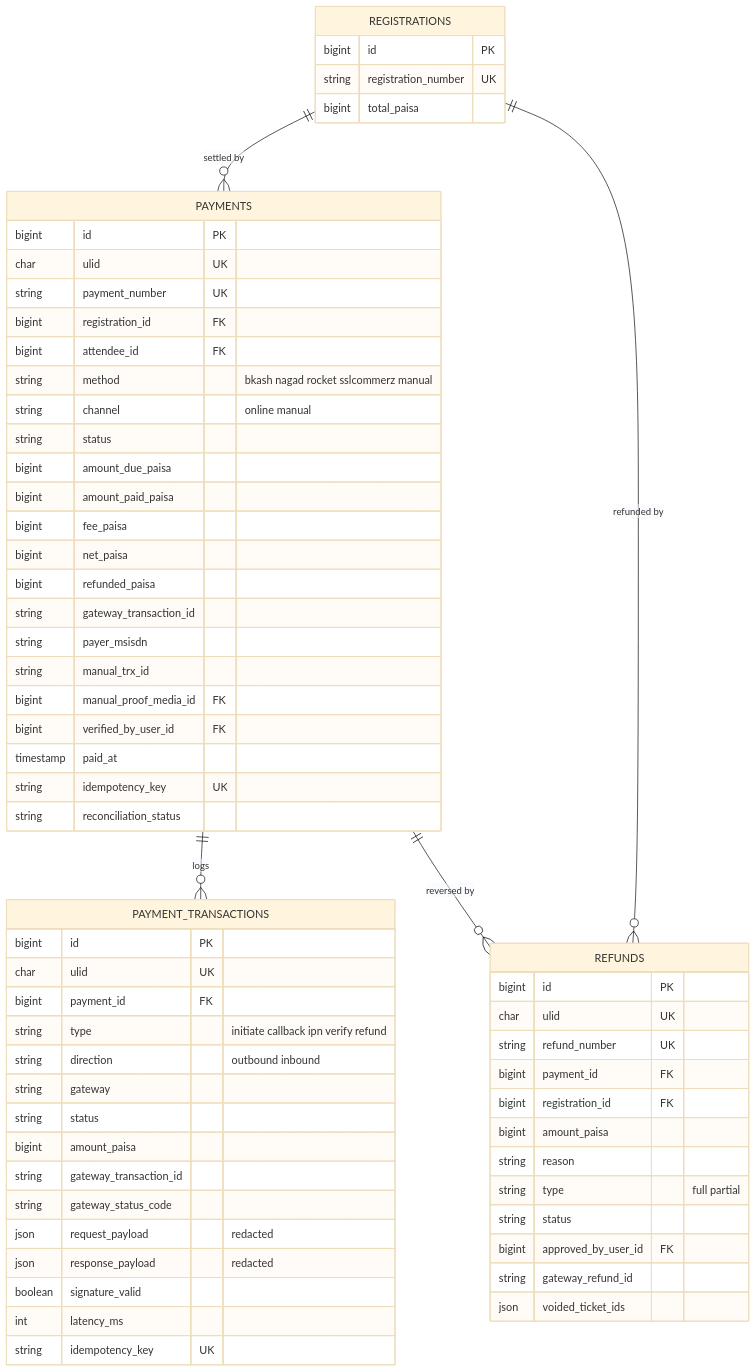
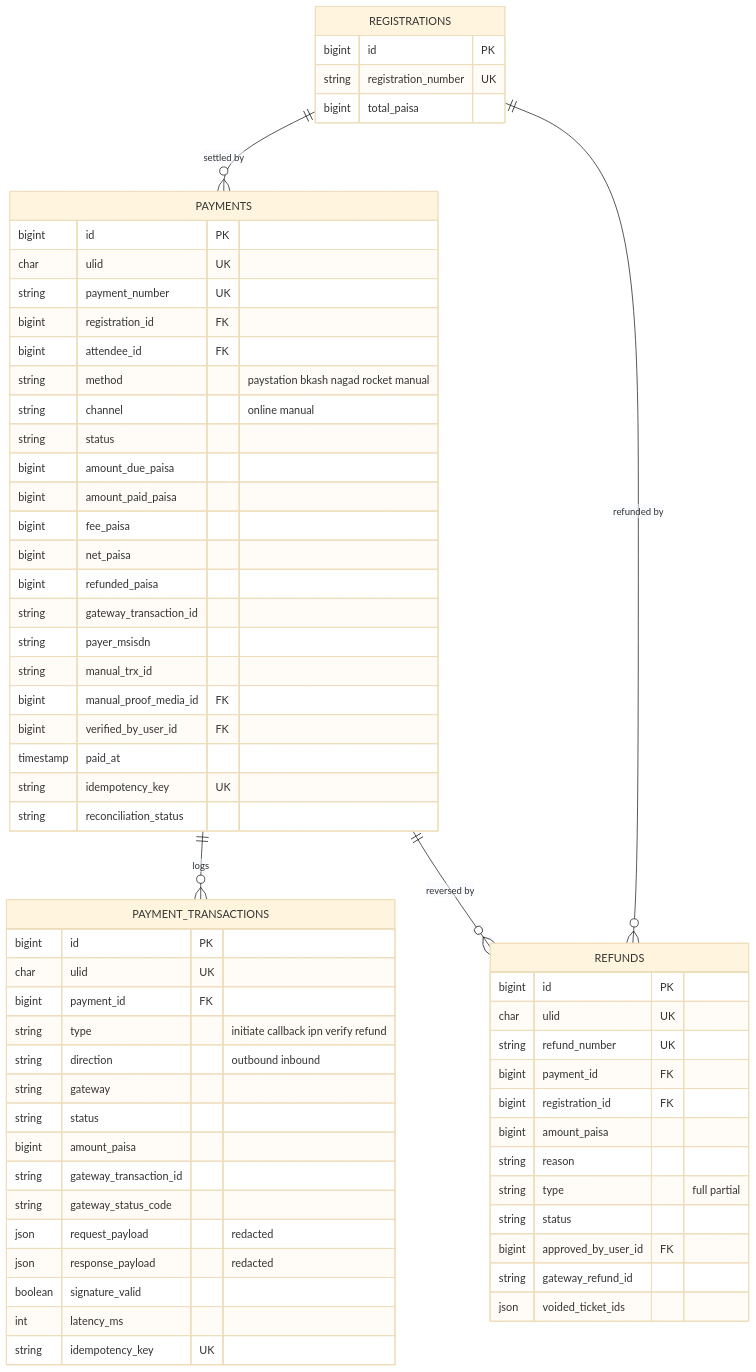
One commit to mominuldev/decent-event-management changed the fourth of 11 diagrams in docs/04-erd.md. Above: the diagram before and after it, drawn with Mermaid (base theme). The commit also changed 54 other files, not shown here.

````diff
--- a/docs/04-erd.md
+++ b/docs/04-erd.md
@@ -246,70 +246,70 @@
 ```mermaid
 erDiagram
     REGISTRATIONS {
         bigint id PK
         string registration_number UK
         bigint total_paisa
     }
 
     PAYMENTS {
         bigint id PK
         char ulid UK
         string payment_number UK
         bigint registration_id FK
         bigint attendee_id FK
-        string method "bkash nagad rocket sslcommerz manual"
+        string method "paystation bkash nagad rocket manual"
         string channel "online manual"
         string status
         bigint amount_due_paisa
         bigint amount_paid_paisa
         bigint fee_paisa
         bigint net_paisa
         bigint refunded_paisa
         string gateway_transaction_id
         string payer_msisdn
         string manual_trx_id
         bigint manual_proof_media_id FK
         bigint verified_by_user_id FK
         timestamp paid_at
         string idempotency_key UK
         string reconciliation_status
     }
 
     PAYMENT_TRANSACTIONS {
         bigint id PK
         char ulid UK
         bigint payment_id FK
         string type "initiate callback ipn verify refund"
         string direction "outbound inbound"
         string gateway
         string status
         bigint amount_paisa
         string gateway_transaction_id
         string gateway_status_code
         json request_payload "redacted"
         json response_payload "redacted"
         boolean signature_valid
         int latency_ms
         string idempotency_key UK
     }
 
     REFUNDS {
         bigint id PK
         char ulid UK
         string refund_number UK
         bigint payment_id FK
         bigint registration_id FK
         bigint amount_paisa
         string reason
         string type "full partial"
         string status
         bigint approved_by_user_id FK
         string gateway_refund_id
         json voided_ticket_ids
     }
 
     REGISTRATIONS ||--o{ PAYMENTS : "settled by"
     PAYMENTS ||--o{ PAYMENT_TRANSACTIONS : "logs"
     PAYMENTS ||--o{ REFUNDS : "reversed by"
     REGISTRATIONS ||--o{ REFUNDS : "refunded by"
 ```
````
